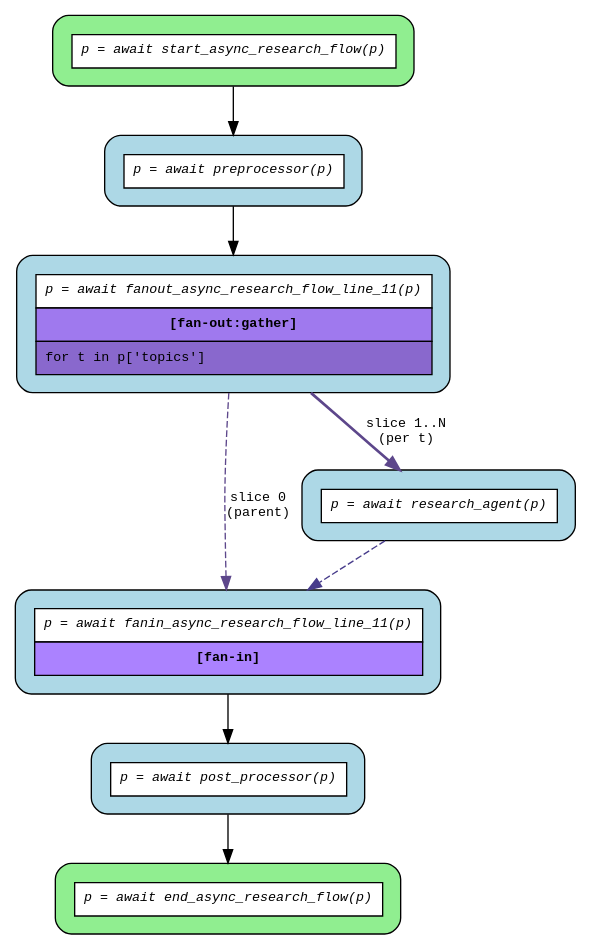
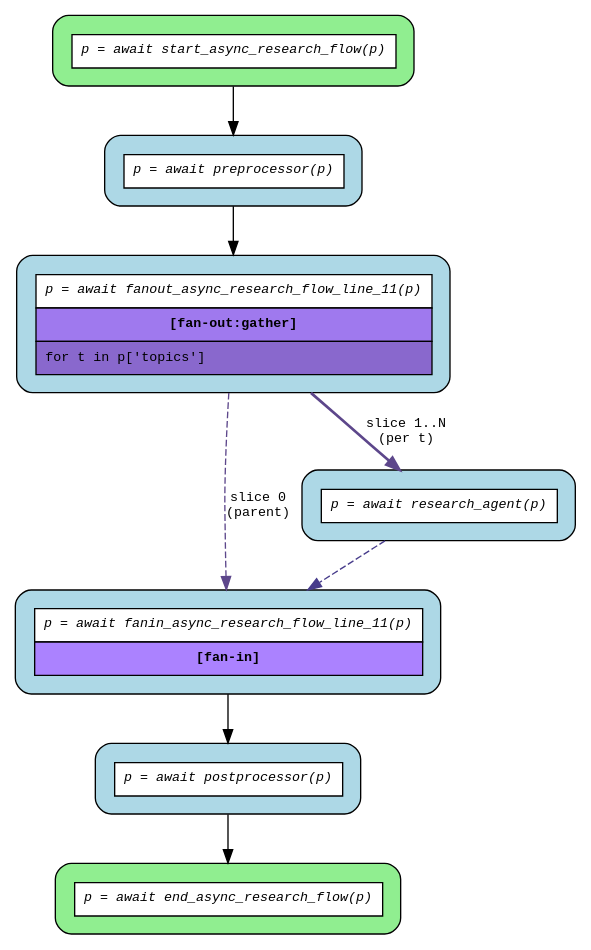
The diagram in examples/flows/compiled/fanout_gather/flow.dot (deliveryhero/asya), drawn with Graphviz before and after one commit. The commit also changed 6 other files, not shown here.

```diff
--- a/examples/flows/compiled/fanout_gather/flow.dot
+++ b/examples/flows/compiled/fanout_gather/flow.dot
@@ -1,22 +1,22 @@
 digraph flow {
   rankdir=TB;
   graph [fontname="Courier", fontsize=10];
   node [fontname="Courier", fontsize=10, shape=box, style="filled,rounded", margin="0.2"];
   edge [fontname="Courier", fontsize=10];
 
   start_async_research_flow [fillcolor="lightgreen", group="main", label=<<table border="0" cellspacing="0" cellpadding="6" cellborder="1"><tr><td bgcolor="white" align="center"><i>p = await start_async_research_flow(p)</i></td></tr></table>>];
   fanout_async_research_flow_line_11 [fillcolor="lightblue", group="main", label=<<table border="0" cellspacing="0" cellpadding="6" cellborder="1"><tr><td bgcolor="white" align="center"><i>p = await fanout_async_research_flow_line_11(p)</i></td></tr><tr><td bgcolor="mediumpurple2" align="center"><b>[fan-out:gather]</b></td></tr><tr><td bgcolor="mediumpurple3" align="left">for t in p['topics']</td></tr></table>>];
   end_async_research_flow [fillcolor="lightgreen", group="main", label=<<table border="0" cellspacing="0" cellpadding="6" cellborder="1"><tr><td bgcolor="white" align="center"><i>p = await end_async_research_flow(p)</i></td></tr></table>>];
   fanin_async_research_flow_line_11 [fillcolor="lightblue", label=<<table border="0" cellspacing="0" cellpadding="6" cellborder="1"><tr><td bgcolor="white" align="center"><i>p = await fanin_async_research_flow_line_11(p)</i></td></tr><tr><td bgcolor="mediumpurple1" align="center"><b>[fan-in]</b></td></tr></table>>];
-  post_processor [fillcolor="lightblue", label=<<table border="0" cellspacing="0" cellpadding="6" cellborder="1"><tr><td bgcolor="white" align="center"><i>p = await post_processor(p)</i></td></tr></table>>];
+  postprocessor [fillcolor="lightblue", label=<<table border="0" cellspacing="0" cellpadding="6" cellborder="1"><tr><td bgcolor="white" align="center"><i>p = await postprocessor(p)</i></td></tr></table>>];
   preprocessor [fillcolor="lightblue", label=<<table border="0" cellspacing="0" cellpadding="6" cellborder="1"><tr><td bgcolor="white" align="center"><i>p = await preprocessor(p)</i></td></tr></table>>];
   research_agent [fillcolor="lightblue", label=<<table border="0" cellspacing="0" cellpadding="6" cellborder="1"><tr><td bgcolor="white" align="center"><i>p = await research_agent(p)</i></td></tr></table>>];
 
-  fanin_async_research_flow_line_11 -> post_processor;
+  fanin_async_research_flow_line_11 -> postprocessor;
   fanout_async_research_flow_line_11 -> fanin_async_research_flow_line_11 [color=mediumpurple4, label="slice 0\n(parent)", style=dashed];
   fanout_async_research_flow_line_11 -> research_agent [color=mediumpurple4, label="slice 1..N\n(per t)", style=bold];
-  post_processor -> end_async_research_flow;
+  postprocessor -> end_async_research_flow;
   preprocessor -> fanout_async_research_flow_line_11;
   research_agent -> fanin_async_research_flow_line_11 [color=slateblue4, style=dashed];
   start_async_research_flow -> preprocessor;
 }
```
